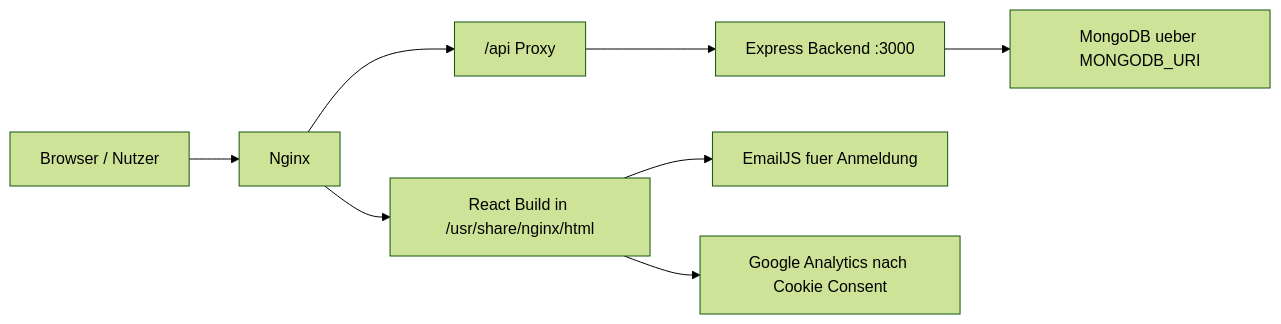
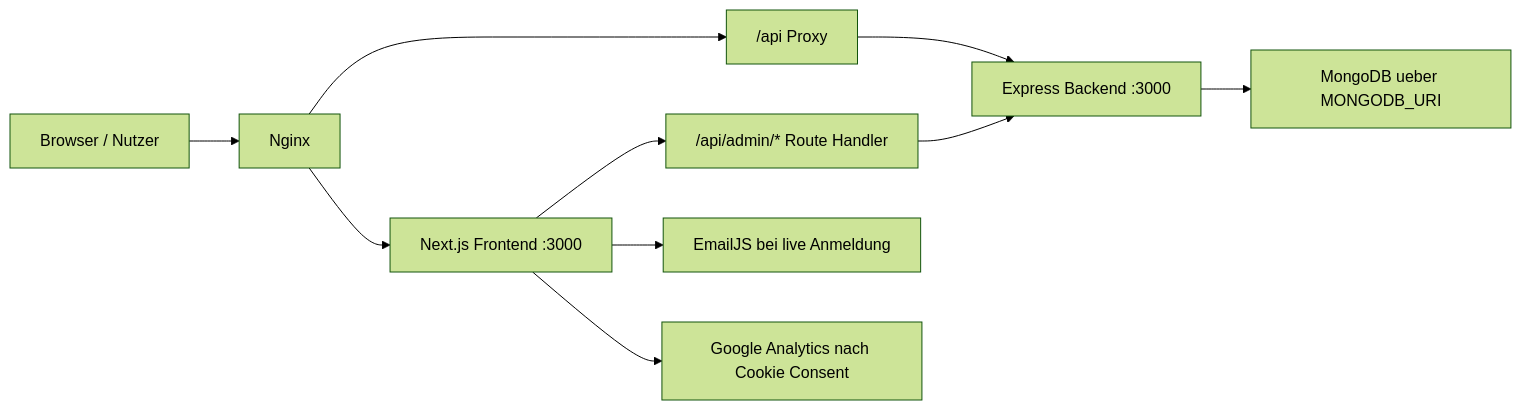
The first of 3 diagrams in docs/00-project-overview.md (BasharOc/scooldrive), drawn with Mermaid (forest theme) before and after one commit. The commit also changed other lines of this file and 13 other files, not shown here.

First line of the commit message:
Refactor documentation for Next.js migration and backend structure updates

````diff
--- a/docs/00-project-overview.md
+++ b/docs/00-project-overview.md
@@ -18,10 +19,12 @@
 ```mermaid
 flowchart LR
   Browser["Browser / Nutzer"] --> Nginx["Nginx"]
-  Nginx --> Frontend["React Build in /usr/share/nginx/html"]
+  Nginx --> Next["Next.js Frontend :3000"]
   Nginx --> ApiProxy["/api Proxy"]
   ApiProxy --> Backend["Express Backend :3000"]
+  Next --> AdminProxy["/api/admin/* Route Handler"]
+  AdminProxy --> Backend
   Backend --> MongoDB["MongoDB ueber MONGODB_URI"]
-  Frontend --> EmailJS["EmailJS fuer Anmeldung"]
-  Frontend --> GA["Google Analytics nach Cookie Consent"]
+  Next --> EmailJS["EmailJS bei live Anmeldung"]
+  Next --> GA["Google Analytics nach Cookie Consent"]
 ```
````
